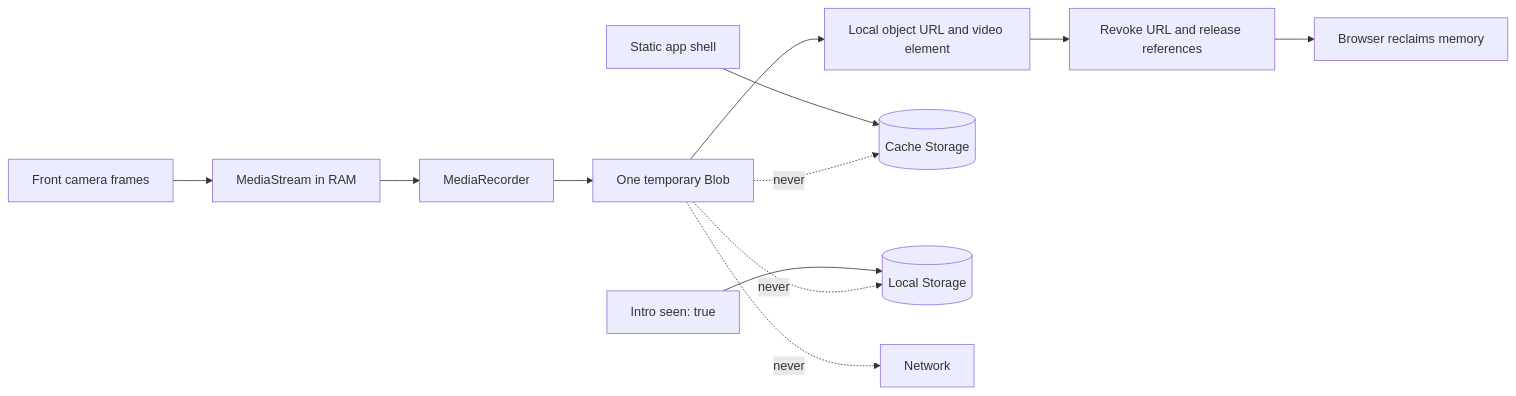
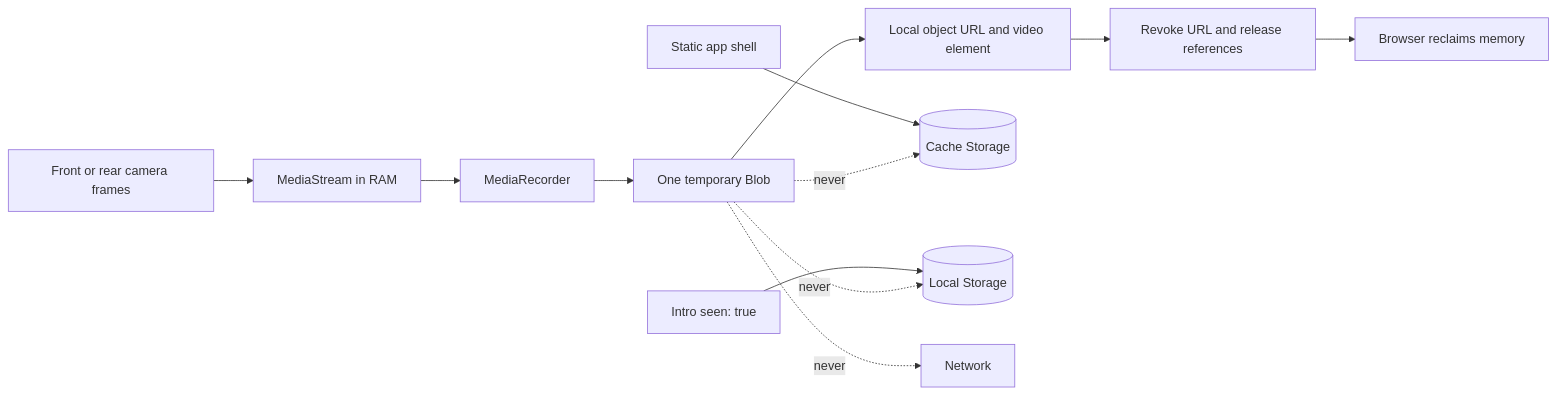
The sixth of 6 diagrams in ARCHITECTURE.md (aweijnitz/behindyou), drawn with Mermaid before and after one commit. The commit also changed other lines of this file and 17 other files, not shown here.

````diff
--- a/ARCHITECTURE.md
+++ b/ARCHITECTURE.md
@@ -114,16 +123,16 @@
 ```mermaid
 flowchart LR
-  Camera[Front camera frames] --> Stream[MediaStream in RAM]
+  Camera[Front or rear camera frames] --> Stream[MediaStream in RAM]
   Stream --> Recorder[MediaRecorder]
   Recorder --> Blob[One temporary Blob]
   Blob --> Video[Local object URL and video element]
   Video --> Dispose[Revoke URL and release references]
   Dispose --> GC[Browser reclaims memory]
 
   Shell[Static app shell] --> Cache[(Cache Storage)]
   Preference[Intro seen: true] --> Local[(Local Storage)]
 
   Blob -. never .-> Cache
   Blob -. never .-> Local
   Blob -. never .-> Network[Network]
 ```
````
